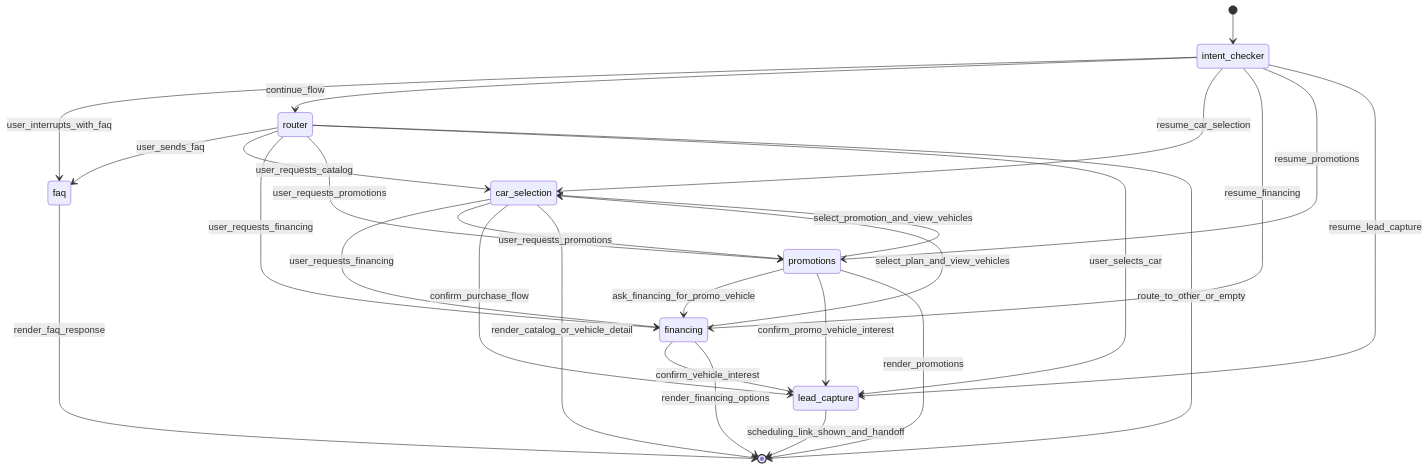
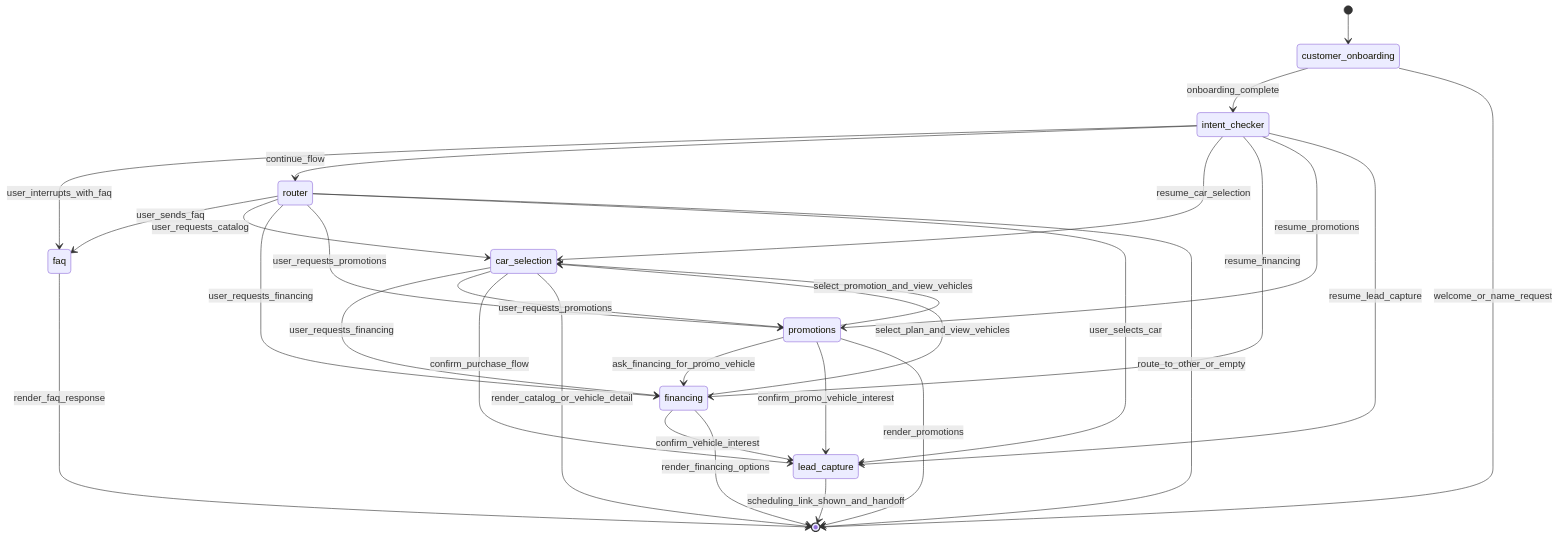
The diagram in bot/docs/state-automata.md (JoseManuelGdlO/car-advisor-bot), drawn with Mermaid before and after one commit. The commit also changed other lines of this file and 33 other files, not shown here.

First line of the commit message:
feat: enhance conversation onboarding and customer information handling

````diff
--- a/bot/docs/state-automata.md
+++ b/bot/docs/state-automata.md
@@ -26,35 +29,37 @@
 ```mermaid
 stateDiagram-v2
-    [*] --> intent_checker
+    [*] --> customer_onboarding
+    customer_onboarding --> intent_checker: onboarding_complete
+    customer_onboarding --> [*]: welcome_or_name_request
 
     intent_checker --> faq: user_interrupts_with_faq
     intent_checker --> router: continue_flow
     intent_checker --> car_selection: resume_car_selection
     intent_checker --> financing: resume_financing
     intent_checker --> promotions: resume_promotions
     intent_checker --> lead_capture: resume_lead_capture
 
     router --> faq: user_sends_faq
     router --> car_selection: user_requests_catalog
     router --> financing: user_requests_financing
     router --> promotions: user_requests_promotions
     router --> lead_capture: user_selects_car
     router --> [*]: route_to_other_or_empty
 
     car_selection --> financing: user_requests_financing
     car_selection --> promotions: user_requests_promotions
     car_selection --> lead_capture: confirm_purchase_flow
     car_selection --> [*]: render_catalog_or_vehicle_detail
 
     financing --> car_selection: select_plan_and_view_vehicles
     financing --> lead_capture: confirm_vehicle_interest
     financing --> [*]: render_financing_options
 
     promotions --> car_selection: select_promotion_and_view_vehicles
     promotions --> financing: ask_financing_for_promo_vehicle
     promotions --> lead_capture: confirm_promo_vehicle_interest
     promotions --> [*]: render_promotions
 
     faq --> [*]: render_faq_response
     lead_capture --> [*]: scheduling_link_shown_and_handoff
 ```
````
